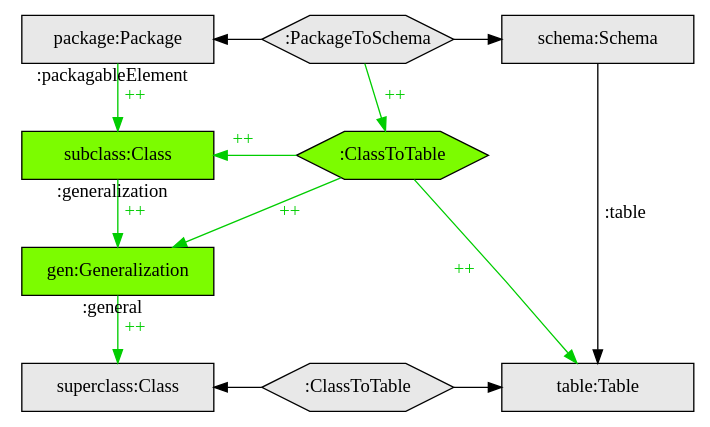
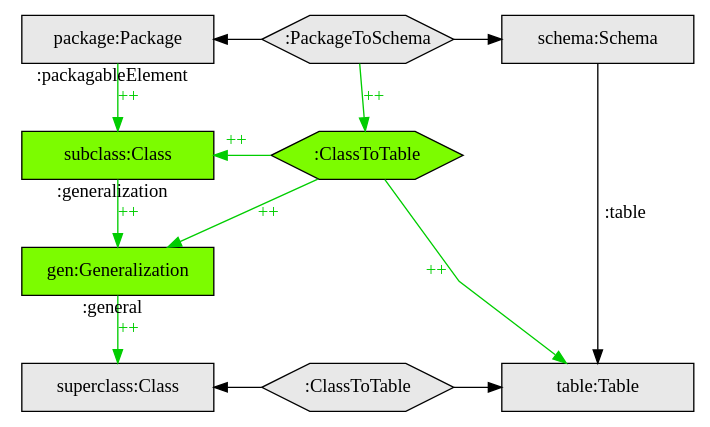
The diagram in tgg-template-example.dot (012456/tgg-dot-template), drawn with Graphviz before and after one commit.

Commit message:
refactor tgg example dot code

```diff
--- a/tgg-template-example.dot
+++ b/tgg-template-example.dot
@@ -1,51 +1,52 @@
-digraph g 
+digraph d2 
 {
     node [ fixedsize = true, width = 2 ]; splines = line ; node [ style = filled ];
     
     /* grey box nodes */ node [ fillcolor = grey91, shape = box ];
     /* ex: n1 [ label = "label" ]; */
-        a [ label = "package:Package" ];
-        d [ label = "superclass:Class" ];
-        h [ label = "schema:Schema" ];
-        i [ label = "table:Table" ];
+        a1 [ label = "package:Package" ];
+        a3 [ label = "schema:Schema" ];
+        d1 [ label = "superclass:Class" ];
+        d3 [ label = "table:Table" ];
 
     /* grey hexagon nodes */ node [ shape = hexagon ];
     /* ex: n1 [ label = "label" ]; */
-        e [ label = ":PackageToSchema" ];
-        g [ label = ":ClassToTable" ];
+        a2 [ label = ":PackageToSchema" ];
+        d2 [ label = ":ClassToTable" ];
 
     /* green box nodes */ node [ fillcolor = lawngreen, shape = box ];
     /* ex: n1 [ label = "label" ]; */
-        b [ label = "subclass:Class" ];
-        c [ label = "gen:Generalization" ];
+        b1 [ label = "subclass:Class" ];
+        c1 [ label = "gen:Generalization" ];
 
     /* green hexagon nodes */ node [ shape = hexagon ];
     /* ex: n1 [ label = "label" ]; */
-        f [ label = ":ClassToTable" ];
+        b2 [ label = ":ClassToTable" ];
 
     /* enforce rows */
     /* ex: { rank = same n1 n2 n3 } */
-        { rank = same a e h }
-        { rank = same g d i }
-        { rank = same f b }
+        { rank = same a1 a2 a3 }
+        { rank = same b1 b2 }
+        { rank = same c1 }
+        { rank = same d2 d1 d3 }
    
-    /* black edges */ edge [ color = black ];
+    /* black edges from column */ edge [ color = black ];
     /* ex: n1 -> n2 ; */
     /* ex: n1 -> n2 [ label = "label", dir = back ]; */
-        h -> i [ label = ":table" ];
-        a -> e [ dir = back ] ;
-        e -> h ;
-        d -> g [ dir = back ] ;
-        g -> i ;
+        a1 -> a2 [ dir = back ] ;
+        a2 -> a3 ;
+        d1 -> d2 [ dir = back ] ;
+        d2 -> d3 ;
+        a3 -> d3 [ label = ":table" ];
    
-    /* green ++ edges */ edge [ color = green3, label = < <font color = "green3"> ++ </font> >, labeldistance = 1 ];
+    /* green ++ edges */ edge [ color = green3, label = <<font color="green3">++</font>>, labeldistance = 1 ];
     /* ex: n1 -> n2 ; */
     /* ex: n1 -> n2 [ taillabel = "label", dir = back ]; */
-        a -> b [ taillabel = ":packagableElement" ]; 
-        b -> c [ taillabel = ":generalization" ];
-        c -> d [ taillabel = ":general" ];
-        e -> f ;
-        b -> f [ dir = back] ; 
-        c -> f [ dir = back] ; 
-        f -> i ; 
+        a2 -> b2 ;
+        b1 -> b2 [ dir = back ]; 
+        c1 -> b2 [ dir = back ]; 
+        b2 -> d3 ; 
+        a1 -> b1 [ taillabel = ":packagableElement" ]; 
+        b1 -> c1 [ taillabel = ":generalization" ];
+        c1 -> d1 [ taillabel = ":general" ];
 }
```
